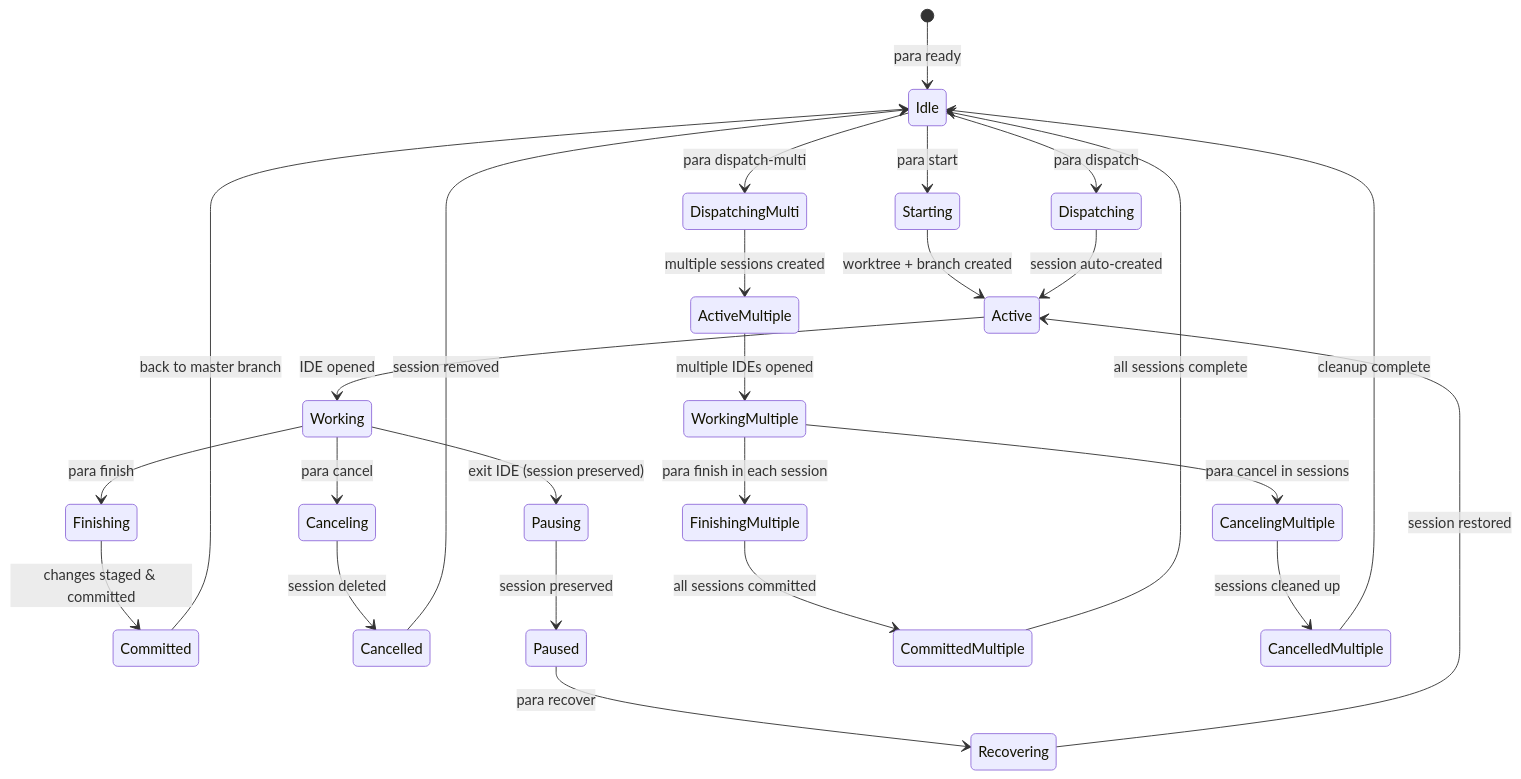
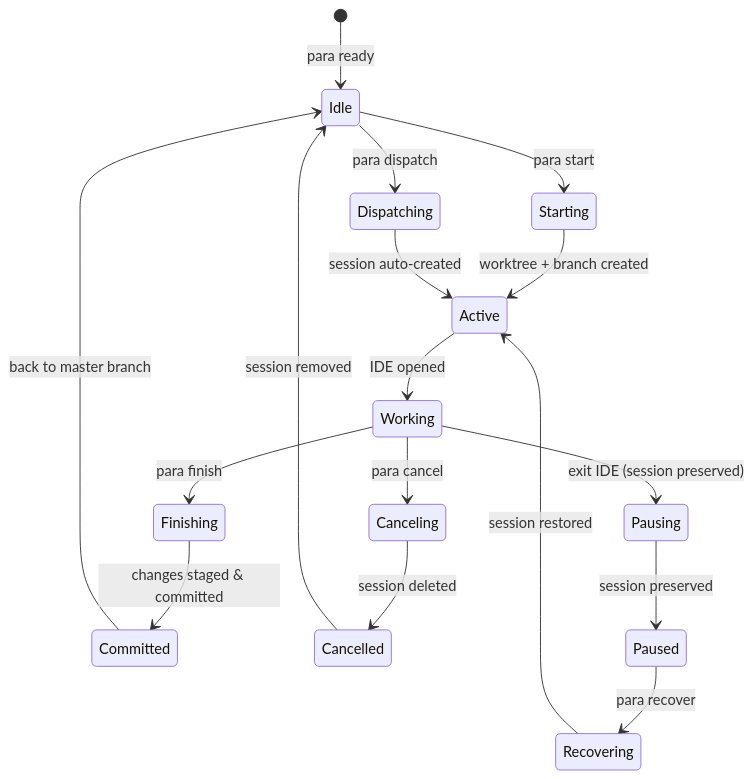
Before and after one commit to 2mawi2/para: the first of 6 diagrams in docs/WORKFLOW.md, drawn with Mermaid. The commit also changed other lines of this file and 12 other files, not shown here.

Commit message:
Remove dispatch-multi feature and all related functionality

````diff
--- a/docs/WORKFLOW.md
+++ b/docs/WORKFLOW.md
@@ -7,37 +7,25 @@
 ```mermaid
 stateDiagram-v2
     [*] --> Idle: para ready
     
     Idle --> Starting: para start <session-name>
     Idle --> Dispatching: para dispatch <prompt>
-    Idle --> DispatchingMulti: para dispatch-multi <count> <prompt>
     
     Starting --> Active: worktree + branch created
     Dispatching --> Active: session auto-created
-    DispatchingMulti --> ActiveMultiple: multiple sessions created
-    
     Active --> Working: IDE opened
-    ActiveMultiple --> WorkingMultiple: multiple IDEs opened
     
     Working --> Finishing: para finish <message>
     Working --> Canceling: para cancel
     Working --> Pausing: exit IDE (session preserved)
     
-    WorkingMultiple --> FinishingMultiple: para finish in each session
-    WorkingMultiple --> CancelingMultiple: para cancel in sessions
-    
     Finishing --> Committed: changes staged & committed
     Canceling --> Cancelled: session deleted
     Pausing --> Paused: session preserved
     
-    FinishingMultiple --> CommittedMultiple: all sessions committed
-    CancelingMultiple --> CancelledMultiple: sessions cleaned up
-    
     Committed --> Idle: back to master branch
     Cancelled --> Idle: session removed
     Paused --> Recovering: para recover <session-name>
-    CommittedMultiple --> Idle: all sessions complete
-    CancelledMultiple --> Idle: cleanup complete
     
     Recovering --> Active: session restored
 ```
````
